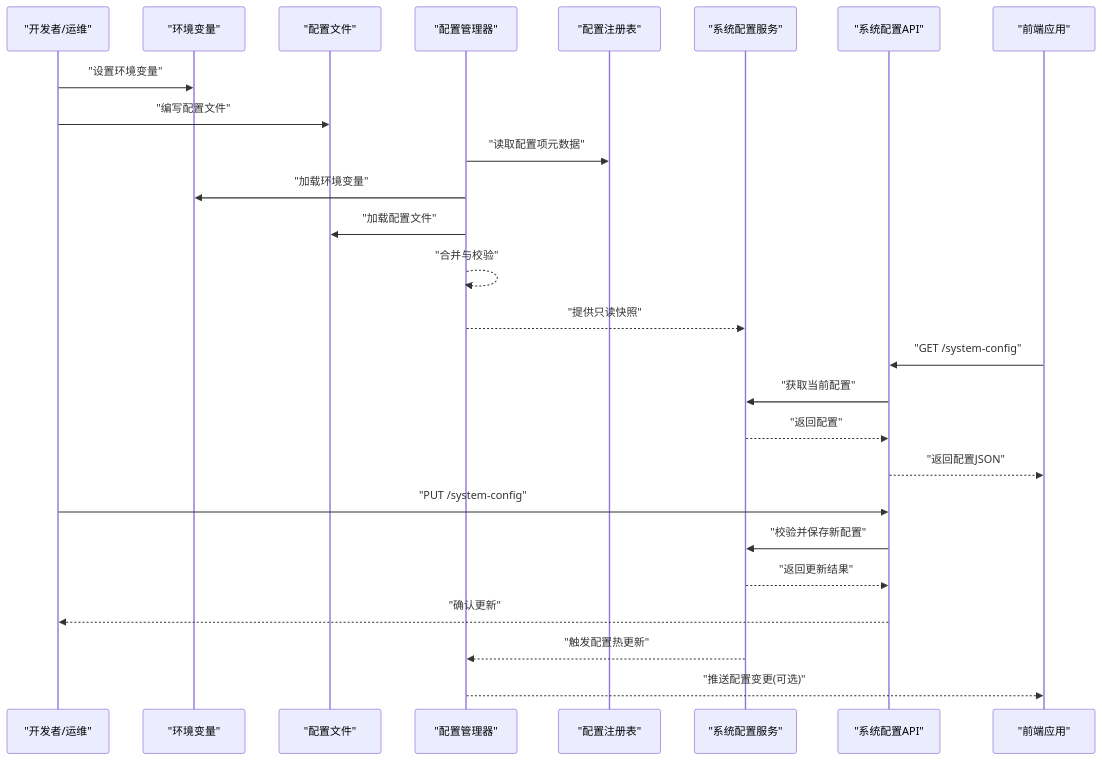
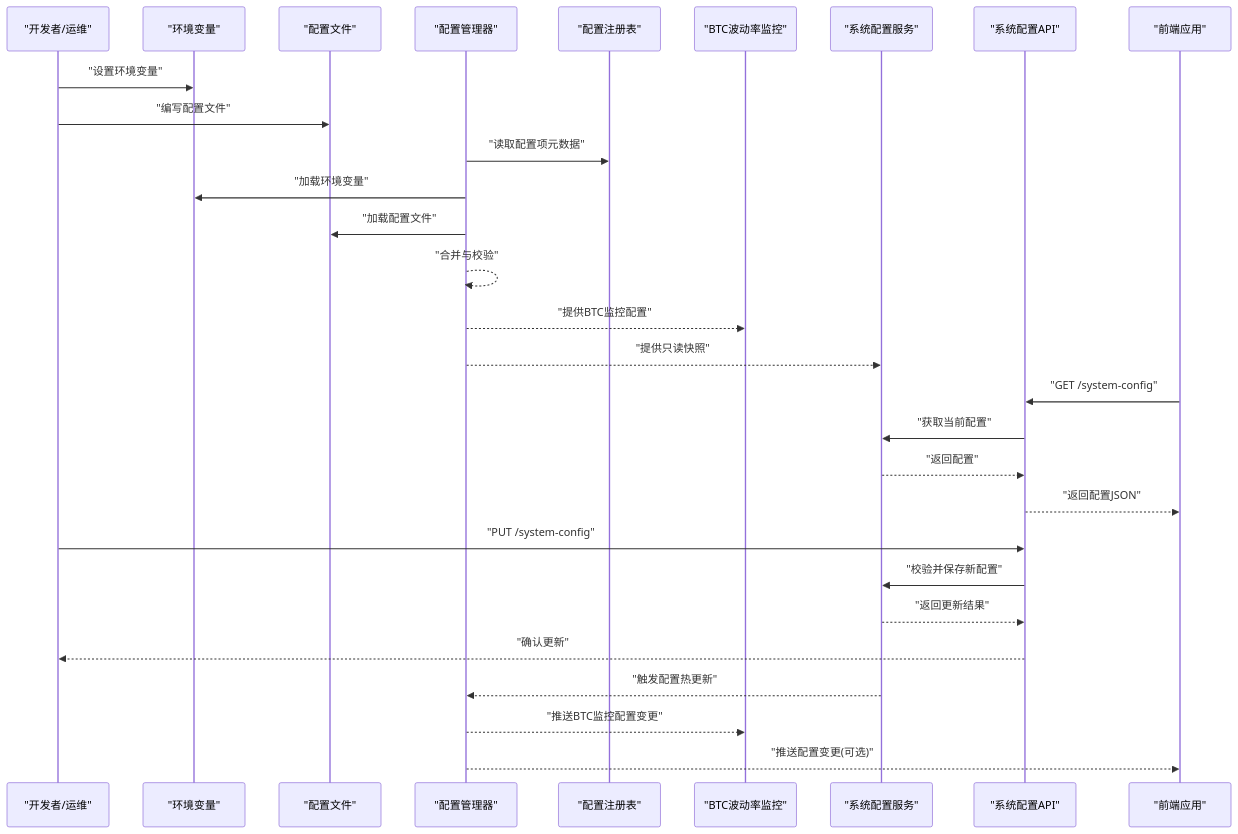
One commit to anYaoooo/daily_stock_analysis changed the second of 5 diagrams in .qoder/repowiki/zh/content/配置管理.md. Above: the diagram before and after it, drawn with Mermaid. The commit also changed other lines of this file and 148 other files, not shown here.

````diff
--- a/.qoder/repowiki/zh/content/配置管理.md
+++ b/.qoder/repowiki/zh/content/配置管理.md
@@ -131,28 +148,31 @@
 ```mermaid
 sequenceDiagram
 participant Dev as "开发者/运维"
 participant Env as "环境变量"
 participant File as "配置文件"
 participant CM as "配置管理器"
 participant CR as "配置注册表"
+participant BVM as "BTC波动率监控"
 participant Svc as "系统配置服务"
 participant API as "系统配置API"
 participant FE as "前端应用"
 Dev->>Env : "设置环境变量"
 Dev->>File : "编写配置文件"
 CM->>CR : "读取配置项元数据"
 CM->>Env : "加载环境变量"
 CM->>File : "加载配置文件"
 CM-->>CM : "合并与校验"
+CM-->>BVM : "提供BTC监控配置"
 CM-->>Svc : "提供只读快照"
 FE->>API : "GET /system-config"
 API->>Svc : "获取当前配置"
 Svc-->>API : "返回配置"
 API-->>FE : "返回配置JSON"
 Dev->>API : "PUT /system-config"
 API->>Svc : "校验并保存新配置"
 Svc-->>API : "返回更新结果"
 API-->>Dev : "确认更新"
 Svc-->>CM : "触发配置热更新"
+CM-->>BVM : "推送BTC监控配置变更"
 CM-->>FE : "推送配置变更(可选)"
 ```
````
